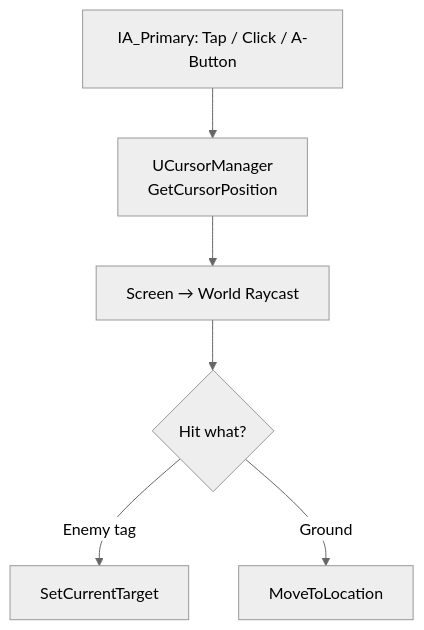
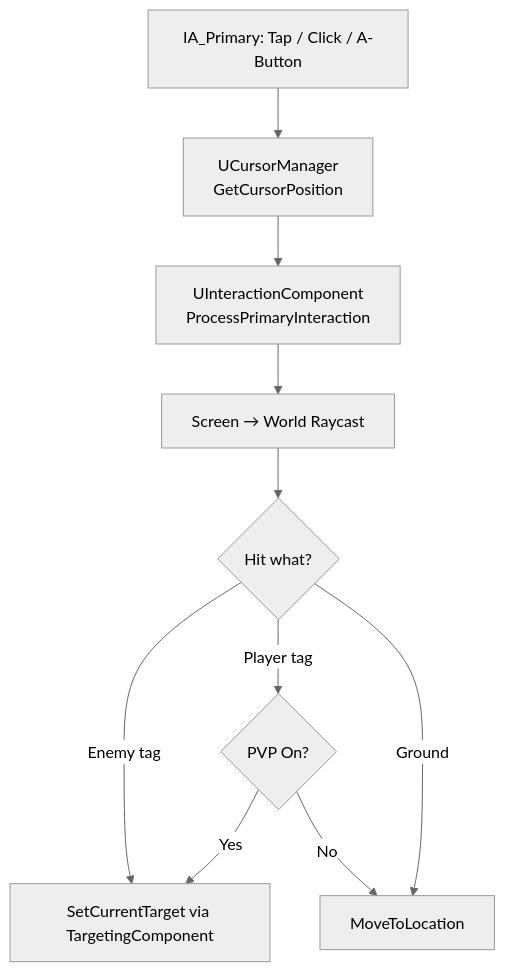
The diagram in Docs/Player/Player_System.md (maximoh-mmo/PortfolioTutorial), drawn with Mermaid (neutral theme) before and after one commit. The commit also changed other lines of this file and 7 other files, not shown here.

````diff
--- a/Docs/Player/Player_System.md
+++ b/Docs/Player/Player_System.md
@@ -47,8 +48,12 @@
 ```mermaid
 flowchart TD
     Input[IA_Primary: Tap / Click / A-Button] --> Cursor[UCursorManager<br/>GetCursorPosition]
-    Cursor --> Raycast[Screen → World Raycast]
+    Cursor --> Interaction[UInteractionComponent<br/>ProcessPrimaryInteraction]
+    Interaction --> Raycast[Screen → World Raycast]
     Raycast --> Branch{Hit what?}
-    Branch -->|Enemy tag| Target[SetCurrentTarget]
+    Branch -->|Enemy tag| Target[SetCurrentTarget via TargetingComponent]
+    Branch -->|Player tag| TargetPVP{PVP On?}
+    TargetPVP -->|Yes| Target
+    TargetPVP -->|No| MoveTo
     Branch -->|Ground| MoveTo[MoveToLocation]
 ```
````
